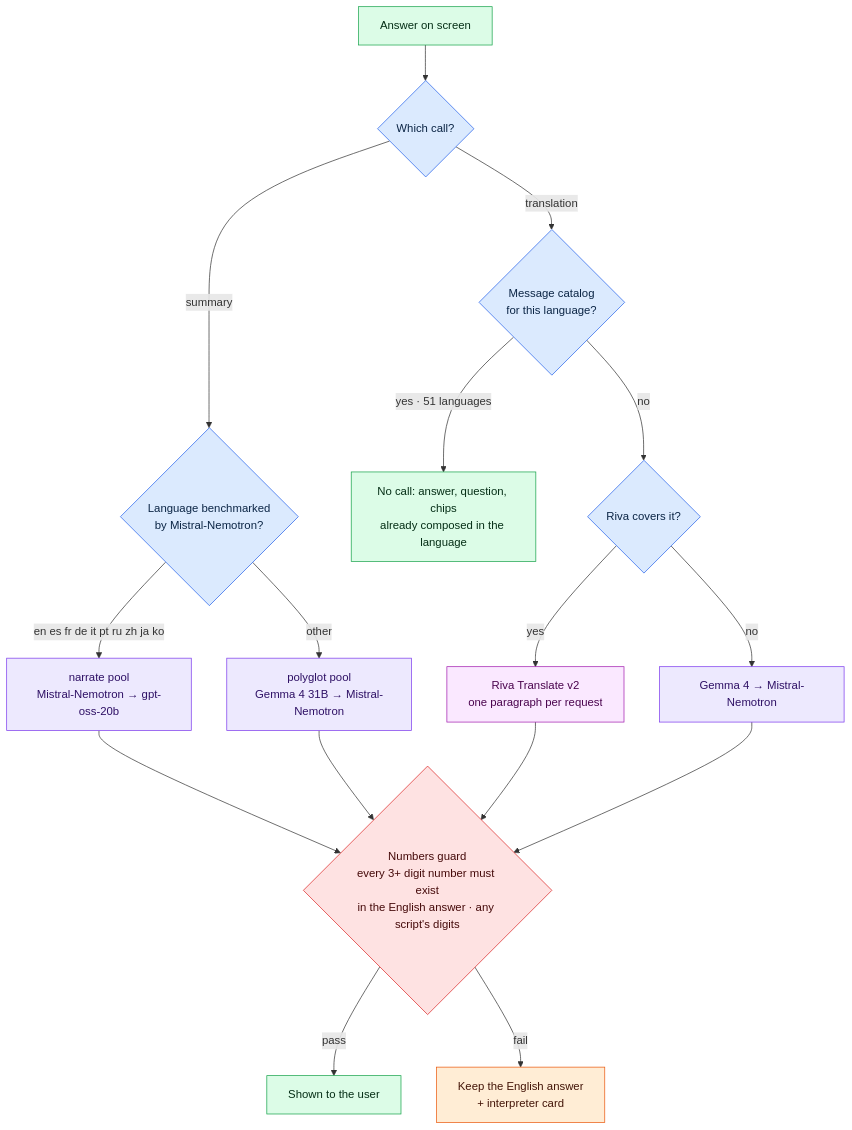
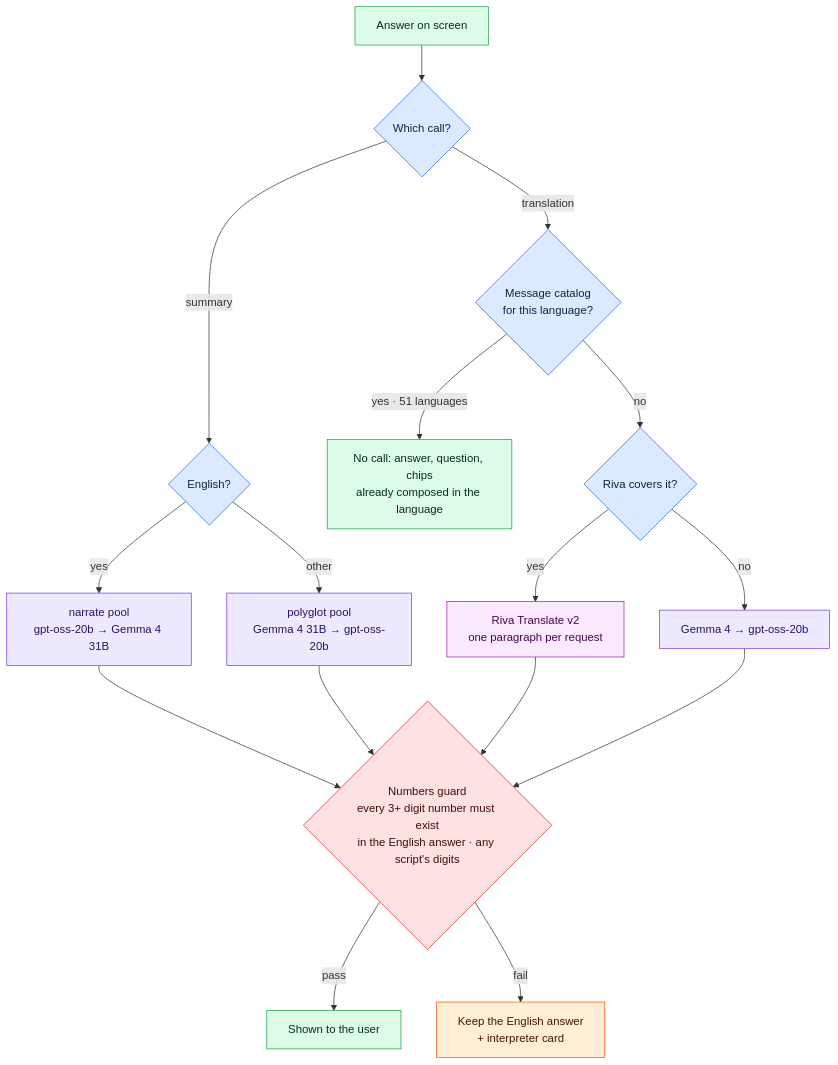
Before and after one commit to Anbu-00001/CivicMesh: the sixth of 11 diagrams in README.md, drawn with Mermaid. The commit also changed other lines of this file and 24 other files, not shown here.

````diff
--- a/README.md
+++ b/README.md
@@ -427,22 +429,22 @@
 ```mermaid
 flowchart TD
     A[Answer on screen]:::ok --> Q1{Which call?}:::det
-    Q1 -->|summary| NP{Language benchmarked<br/>by Mistral-Nemotron?}:::det
-    NP -->|en es fr de it pt ru zh ja ko| MN[narrate pool<br/>Mistral-Nemotron → gpt-oss-20b]:::llm
-    NP -->|other| PG[polyglot pool<br/>Gemma 4 31B → Mistral-Nemotron]:::llm
+    Q1 -->|summary| NP{English?}:::det
+    NP -->|yes| MN[narrate pool<br/>gpt-oss-20b → Gemma 4 31B]:::llm
+    NP -->|other| PG[polyglot pool<br/>Gemma 4 31B → gpt-oss-20b]:::llm
     Q1 -->|translation| CAT{Message catalog<br/>for this language?}:::det
     CAT -->|yes · 51 languages| NONE[No call: answer, question, chips<br/>already composed in the language]:::ok
     CAT -->|no| TR{Riva covers it?}:::det
     TR -->|yes| RV[Riva Translate v2<br/>one paragraph per request]:::mt
-    TR -->|no| GT[Gemma 4 → Mistral-Nemotron]:::llm
+    TR -->|no| GT[Gemma 4 → gpt-oss-20b]:::llm
     MN & PG & RV & GT --> GD{Numbers guard<br/>every 3+ digit number must exist<br/>in the English answer · any script's digits}:::safety
     GD -->|pass| SHOW[Shown to the user]:::ok
     GD -->|fail| KEEP[Keep the English answer<br/>+ interpreter card]:::warn
 
     classDef det fill:#dbeafe,stroke:#2563eb,color:#0b2545
     classDef ok fill:#dcfce7,stroke:#16a34a,color:#052e16
     classDef llm fill:#ede9fe,stroke:#7c3aed,color:#2e1065
     classDef mt fill:#fae8ff,stroke:#a21caf,color:#4a044e
     classDef safety fill:#fee2e2,stroke:#dc2626,color:#450a0a
     classDef warn fill:#ffedd5,stroke:#ea580c,color:#431407
 ```
````
